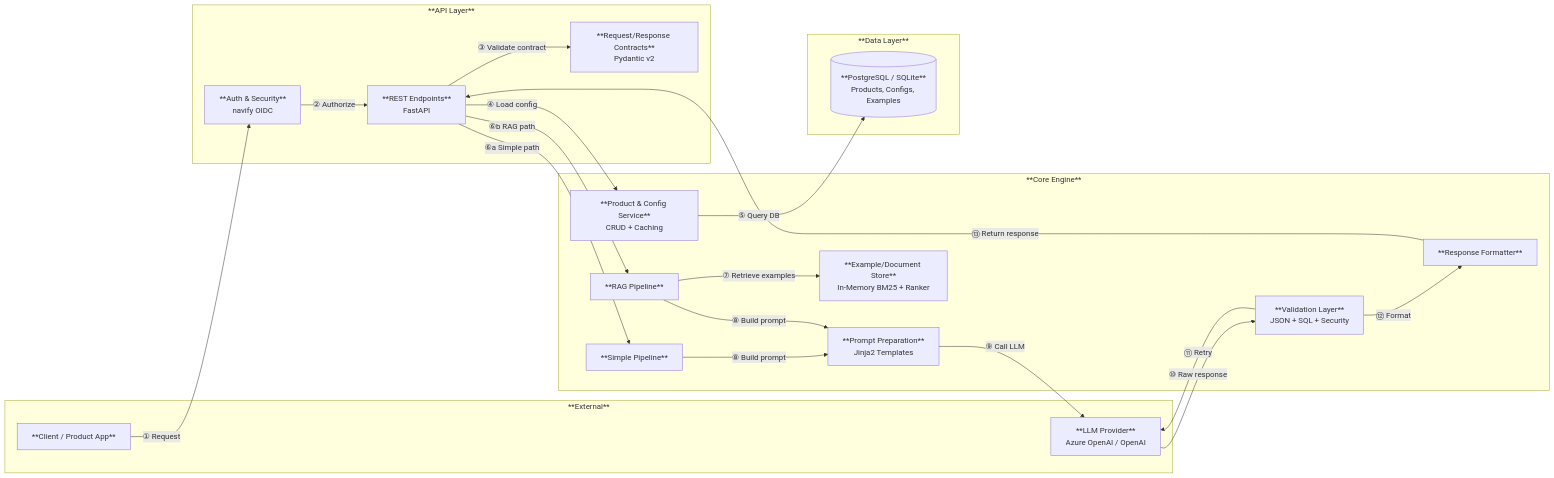
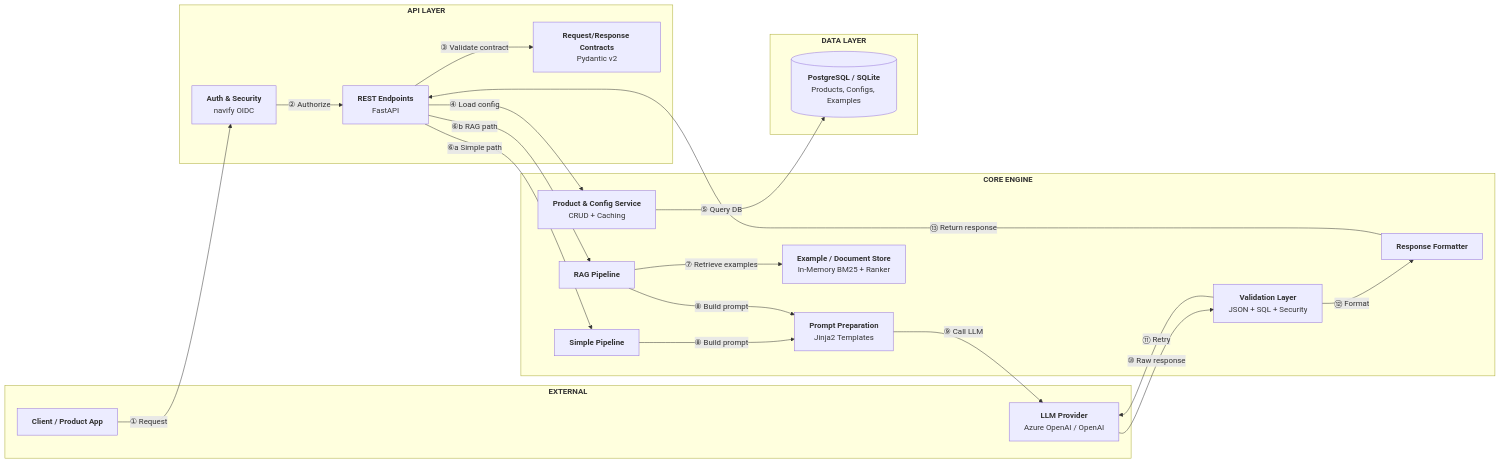
One commit to anbitter/gitTest changed the fifth of 7 diagrams in t2v-generic-t2a-assessment_output.md. Above: the diagram before and after it, drawn with Mermaid. The commit also changed other lines of this file, not shown here.

````diff
--- a/t2v-generic-t2a-assessment_output.md
+++ b/t2v-generic-t2a-assessment_output.md
@@ -138,43 +224,43 @@
 ```mermaid
 flowchart LR
-    subgraph External["**External**"]
-        Client["**Client / Product App**"]
-        LLM["**LLM Provider**<br/>Azure OpenAI / OpenAI"]
+    subgraph External["<b>EXTERNAL</b>"]
+        Client["<b>Client / Product App</b>"]
+        LLM["<b>LLM Provider</b><br/>Azure OpenAI / OpenAI"]
     end
 
-    subgraph API["**API Layer**"]
-        Auth["**Auth & Security**<br/>navify OIDC"]
-        Routes["**REST Endpoints**<br/>FastAPI"]
-        Contracts["**Request/Response Contracts**<br/>Pydantic v2"]
+    subgraph API["<b>API LAYER</b>"]
+        Auth["<b>Auth & Security</b><br/>navify OIDC"]
+        Routes["<b>REST Endpoints</b><br/>FastAPI"]
+        Contracts["<b>Request/Response Contracts</b><br/>Pydantic v2"]
     end
 
-    subgraph Engine["**Core Engine**"]
-        ConfigSvc["**Product & Config Service**<br/>CRUD + Caching"]
-        PromptPrep["**Prompt Preparation**<br/>Jinja2 Templates"]
-        SimplePipe["**Simple Pipeline**"]
-        RAGPipe["**RAG Pipeline**"]
-        DocStore["**Example/Document Store**<br/>In-Memory BM25 + Ranker"]
-        Validation["**Validation Layer**<br/>JSON + SQL + Security"]
-        Formatter["**Response Formatter**"]
+    subgraph Engine["<b>CORE ENGINE</b>"]
+        ConfigSvc["<b>Product & Config Service</b><br/>CRUD + Caching"]
+        PromptPrep["<b>Prompt Preparation</b><br/>Jinja2 Templates"]
+        SimplePipe["<b>Simple Pipeline</b>"]
+        RAGPipe["<b>RAG Pipeline</b>"]
+        DocStore["<b>Example / Document Store</b><br/>In-Memory BM25 + Ranker"]
+        Validation["<b>Validation Layer</b><br/>JSON + SQL + Security"]
+        Formatter["<b>Response Formatter</b>"]
     end
 
-    subgraph Data["**Data Layer**"]
-        DB[("**PostgreSQL / SQLite**<br/>Products, Configs, Examples")]
+    subgraph Data["<b>DATA LAYER</b>"]
+        DB[("<b>PostgreSQL / SQLite</b><br/>Products, Configs, Examples")]
     end
 
     Client -->|"① Request"| Auth
     Auth -->|"② Authorize"| Routes
     Routes -->|"③ Validate contract"| Contracts
     Routes -->|"④ Load config"| ConfigSvc
     ConfigSvc -->|"⑤ Query DB"| DB
     Routes -->|"⑥a Simple path"| SimplePipe
     Routes -->|"⑥b RAG path"| RAGPipe
     RAGPipe -->|"⑦ Retrieve examples"| DocStore
     SimplePipe -->|"⑧ Build prompt"| PromptPrep
     RAGPipe -->|"⑧ Build prompt"| PromptPrep
     PromptPrep -->|"⑨ Call LLM"| LLM
     LLM -->|"⑩ Raw response"| Validation
     Validation -->|"⑪ Retry"| LLM
     Validation -->|"⑫ Format"| Formatter
     Formatter -->|"⑬ Return response"| Routes
 ```
````
